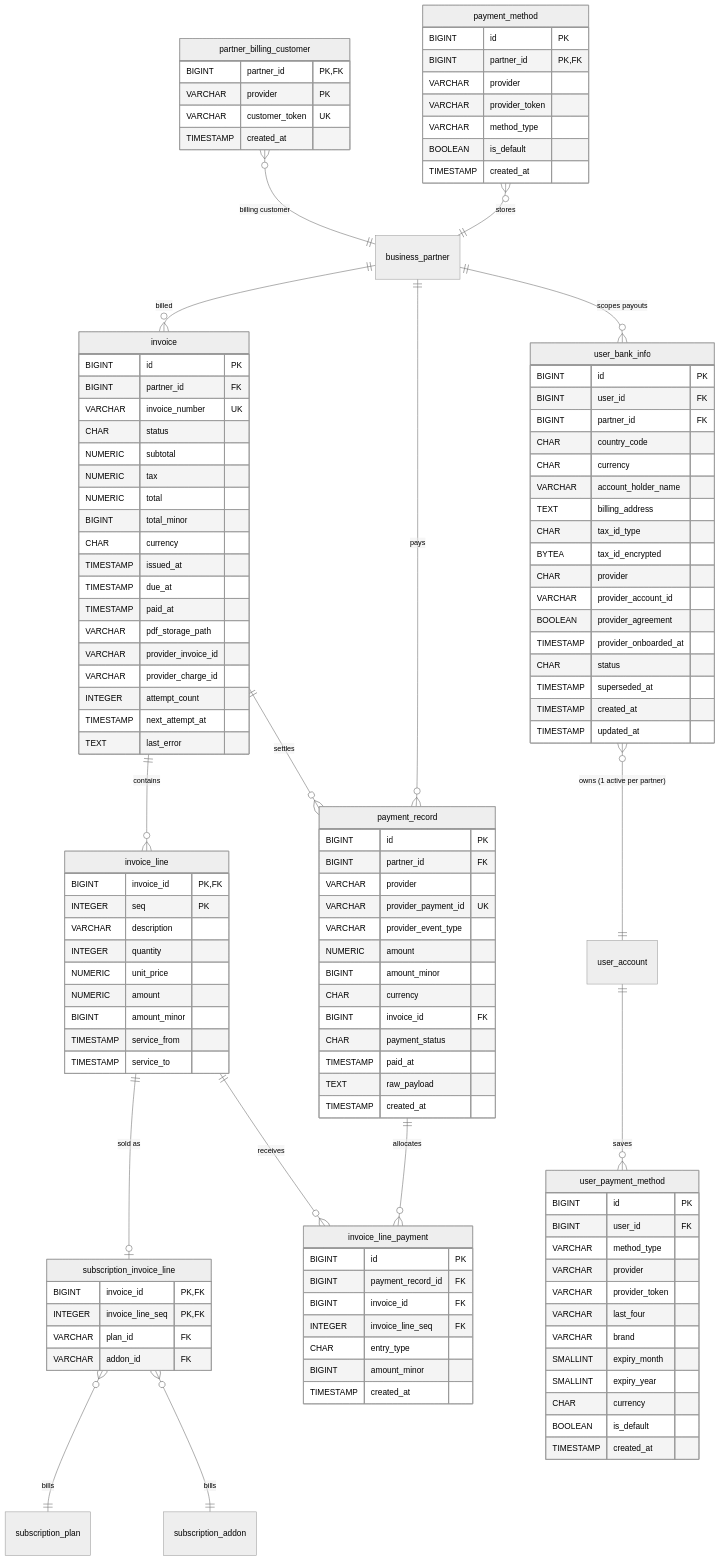
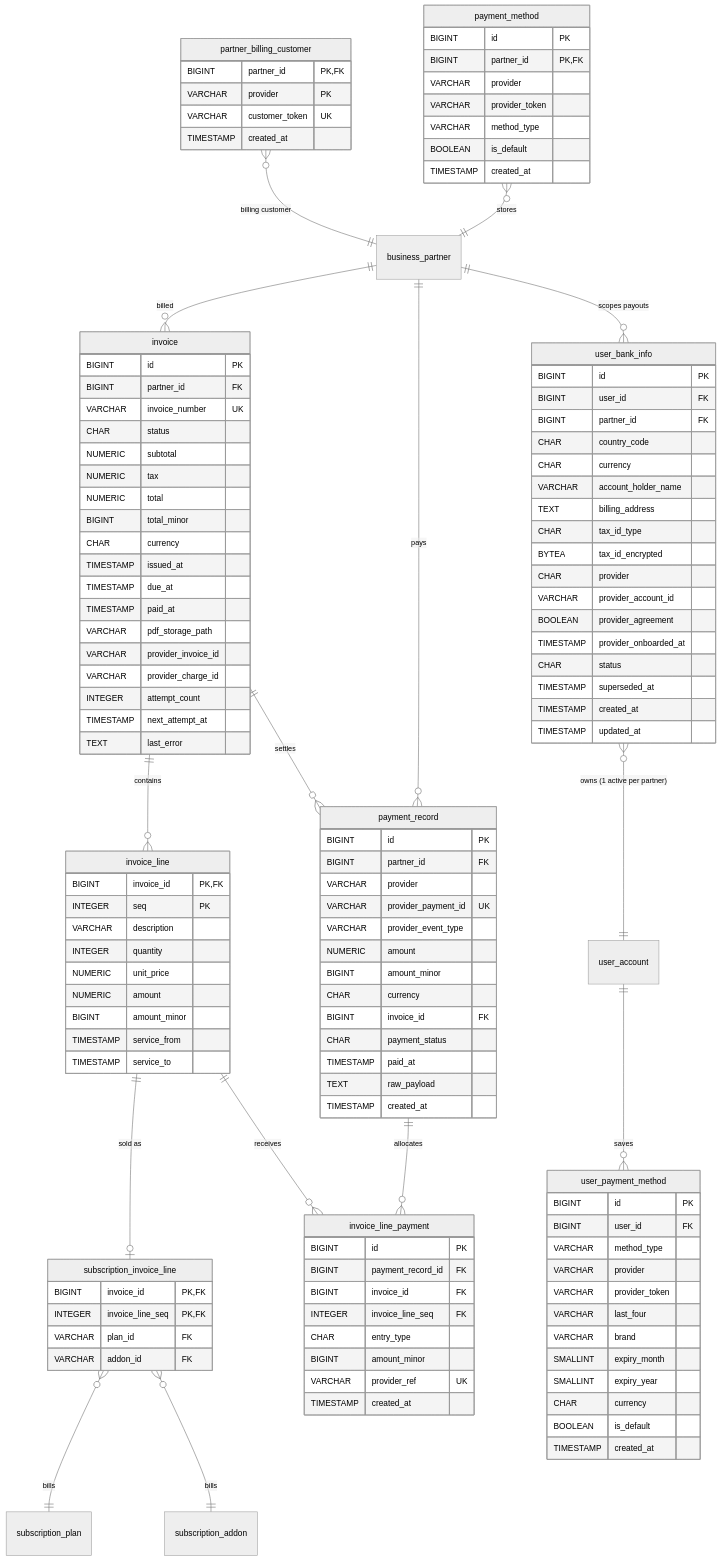
Before and after one commit to nauticana/keel: diagram 13 of 14 in README.md, drawn with Mermaid (neutral theme). The commit also changed other lines of this file and 4 other files, not shown here.

Commit message:
add provider_ref to invoice_line_payment

```diff
--- a/README.md
+++ b/README.md
@@ -2311,6 +2311,7 @@
         INTEGER invoice_line_seq FK
         CHAR entry_type
         BIGINT amount_minor
+        VARCHAR provider_ref UK
         TIMESTAMP created_at
     }
     user_bank_info {
```
